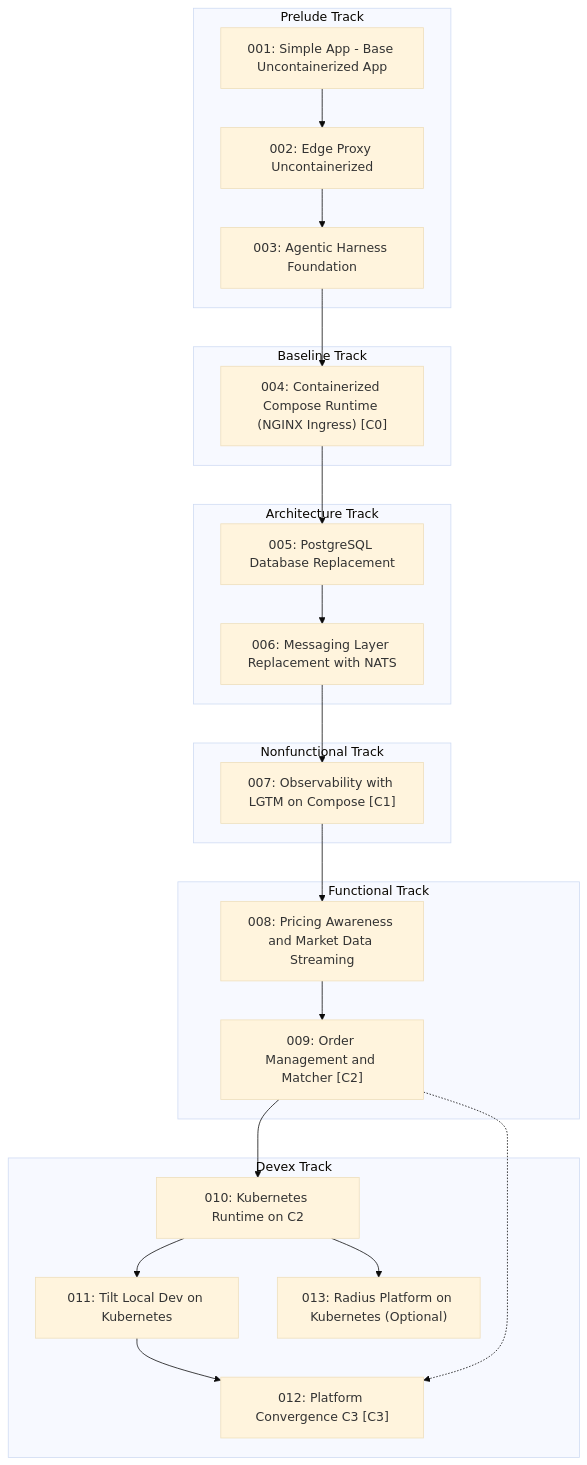
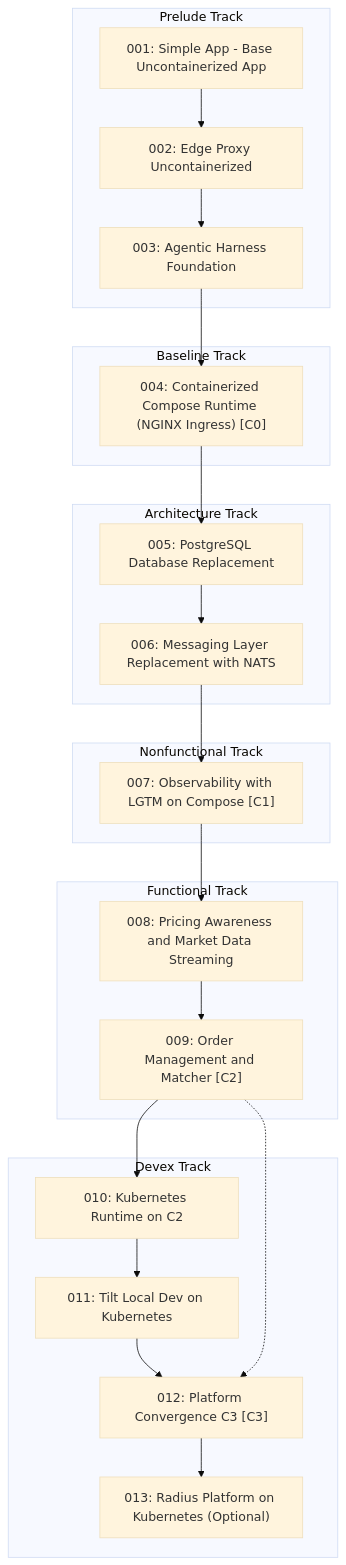
The third of 3 diagrams in docs/learning-paths/index.md (finos/traderX), drawn with Mermaid (base theme) before and after one commit. The commit also changed other lines of this file and 27 other files, not shown here.

````diff
--- a/docs/learning-paths/index.md
+++ b/docs/learning-paths/index.md
@@ -104,42 +104,42 @@
 ```mermaid
 flowchart TB
   subgraph PRELUDE["Prelude Track"]
     S001_baseline_uncontainerized_parity["001: Simple App - Base Uncontainerized App"]
     S002_edge_proxy_uncontainerized["002: Edge Proxy Uncontainerized"]
     S003_agentic_harness_foundation["003: Agentic Harness Foundation"]
   end
   subgraph BASELINE["Baseline Track"]
     S004_containerized_compose_runtime["004: Containerized Compose Runtime (NGINX Ingress) [C0]"]
   end
   subgraph ARCHITECTURE["Architecture Track"]
     S005_postgres_database_replacement["005: PostgreSQL Database Replacement"]
     S006_messaging_nats_replacement["006: Messaging Layer Replacement with NATS"]
   end
   subgraph NONFUNCTIONAL["Nonfunctional Track"]
     S007_observability_lgtm_compose["007: Observability with LGTM on Compose [C1]"]
   end
   subgraph FUNCTIONAL["Functional Track"]
     S008_pricing_awareness_market_data["008: Pricing Awareness and Market Data Streaming"]
     S009_order_management_matcher["009: Order Management and Matcher [C2]"]
   end
   subgraph DEVEX["Devex Track"]
     S010_kubernetes_runtime["010: Kubernetes Runtime on C2"]
     S011_tilt_kubernetes_dev_loop["011: Tilt Local Dev on Kubernetes"]
     S012_platform_convergence_c3["012: Platform Convergence C3 [C3]"]
     S013_radius_kubernetes_platform["013: Radius Platform on Kubernetes (Optional)"]
   end
   S001_baseline_uncontainerized_parity --> S002_edge_proxy_uncontainerized
   S002_edge_proxy_uncontainerized --> S003_agentic_harness_foundation
   S003_agentic_harness_foundation --> S004_containerized_compose_runtime
   S004_containerized_compose_runtime --> S005_postgres_database_replacement
   S005_postgres_database_replacement --> S006_messaging_nats_replacement
   S006_messaging_nats_replacement --> S007_observability_lgtm_compose
   S007_observability_lgtm_compose --> S008_pricing_awareness_market_data
   S008_pricing_awareness_market_data --> S009_order_management_matcher
   S009_order_management_matcher --> S010_kubernetes_runtime
   S010_kubernetes_runtime --> S011_tilt_kubernetes_dev_loop
   S011_tilt_kubernetes_dev_loop --> S012_platform_convergence_c3
-  S010_kubernetes_runtime --> S013_radius_kubernetes_platform
+  S012_platform_convergence_c3 --> S013_radius_kubernetes_platform
   S009_order_management_matcher -.-> S012_platform_convergence_c3
   classDef convergence fill:#d7f5dd,stroke:#2e7d32,stroke-width:2px
 ```
````
